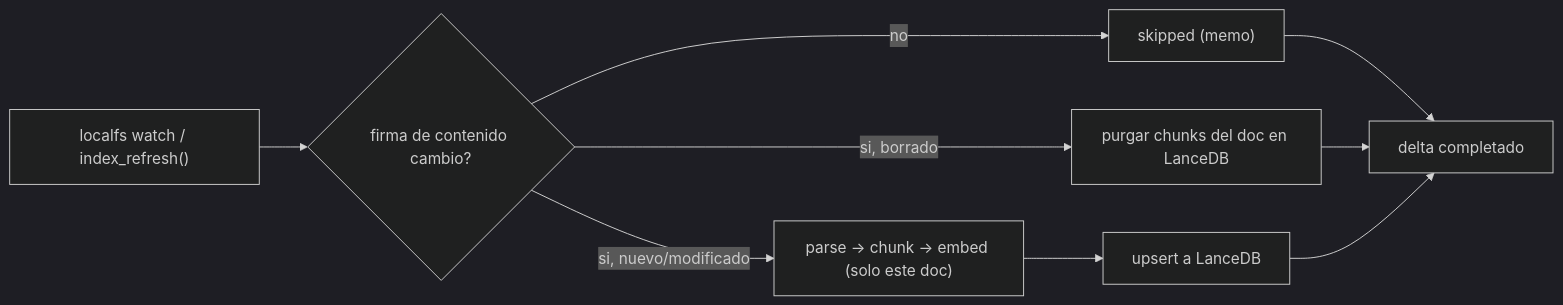
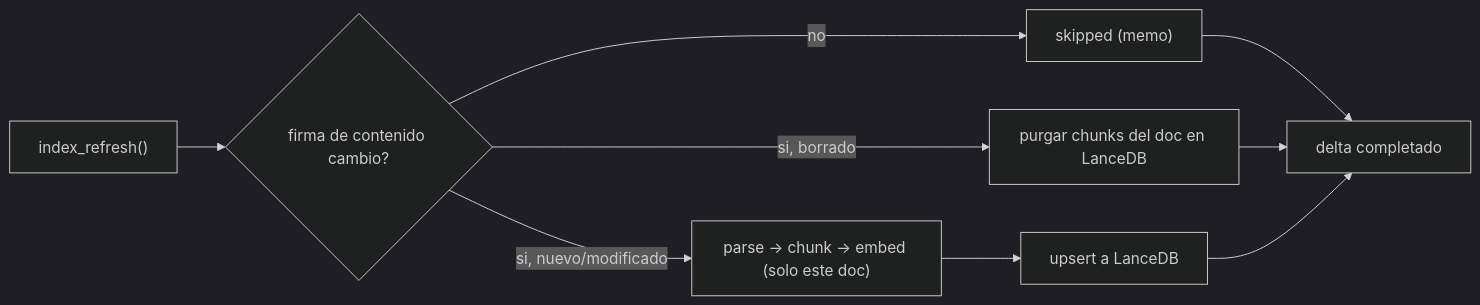
Before and after one commit to Fisherk2/tepochcalli-opencode: the diagram in specs/spec-rag-engine.md, drawn with Mermaid (dark theme). The commit also changed other lines of this file and 2565 other files, not shown here.

````diff
--- a/specs/spec-rag-engine.md
+++ b/specs/spec-rag-engine.md
@@ -94,11 +295,11 @@
 ```mermaid
 flowchart LR
-    W["localfs watch / index_refresh()"] --> D{"firma de contenido cambio?"}
+    W["index_refresh()"] --> D{"firma de contenido cambio?"}
     D -- no --> S["skipped (memo)"]
     D -- si, nuevo/modificado --> P["parse -> chunk -> embed (solo este doc)"]
     D -- si, borrado --> R["purgar chunks del doc en LanceDB"]
     P --> U["upsert a LanceDB"]
     S --> OK["delta completado"]
     R --> OK
     U --> OK
 ```
````
